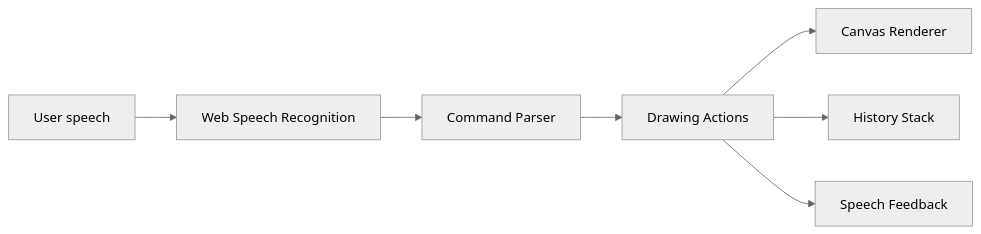
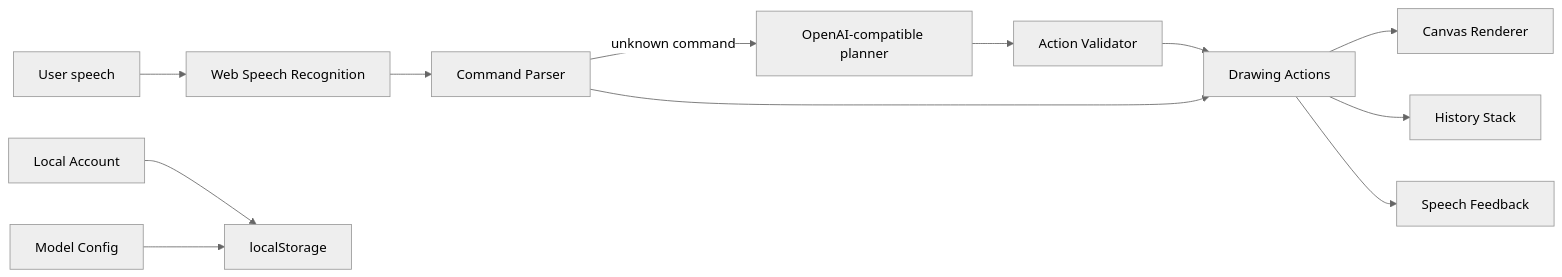
One commit to zable-star/ai- changed the diagram in docs/architecture.md. Above: the diagram before and after it, drawn with Mermaid (neutral theme). The commit also changed other lines of this file and 6 other files, not shown here.

````diff
--- a/docs/architecture.md
+++ b/docs/architecture.md
@@ -9,9 +9,14 @@
 ```mermaid
 flowchart LR
     U["User speech"] --> SR["Web Speech Recognition"]
     SR --> P["Command Parser"]
+    P -->|unknown command| LLM["OpenAI-compatible planner"]
+    LLM --> V["Action Validator"]
+    V --> A["Drawing Actions"]
     P --> A["Drawing Actions"]
     A --> C["Canvas Renderer"]
     A --> H["History Stack"]
     A --> TTS["Speech Feedback"]
+    AUTH["Local Account"] --> LS["localStorage"]
+    CFG["Model Config"] --> LS
 ```
````
